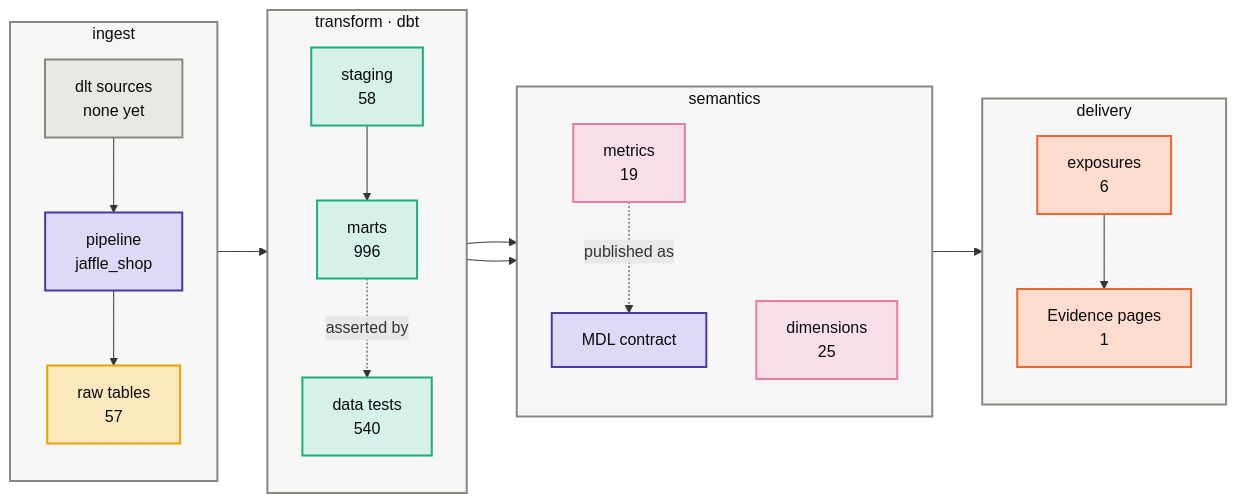
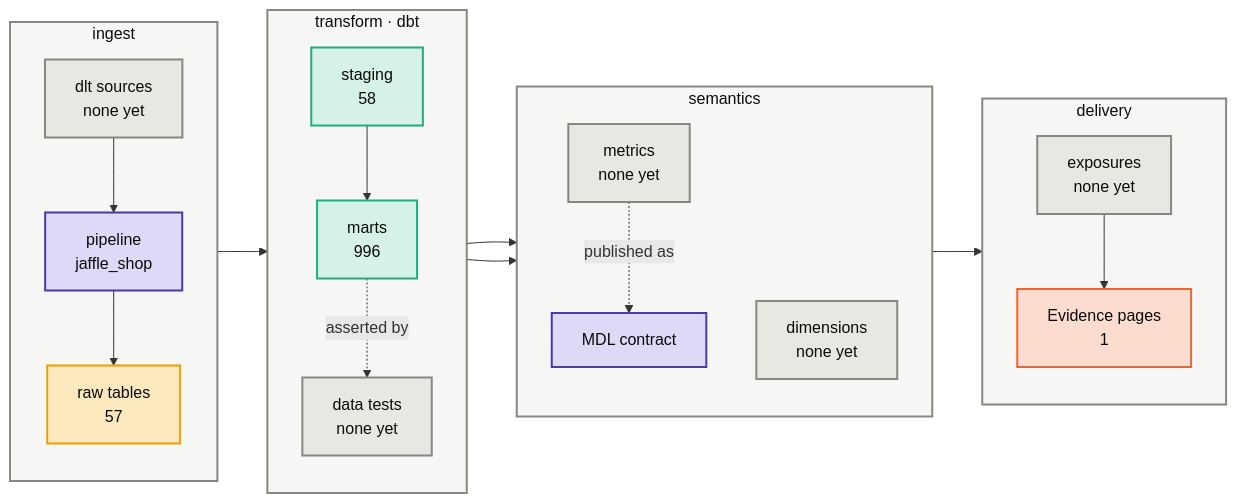
One commit to Atomz-org/data-platform changed the first of 3 diagrams in groups/jaffle/projects/jaffle-shop/kg/architecture.md. Above: the diagram before and after it, drawn with Mermaid. The commit also changed other lines of this file and 17 other files, not shown here.

First line of the commit message:
Rebuild the graphs and maps CI checks, for what this PR touches

````diff
--- a/groups/jaffle/projects/jaffle-shop/kg/architecture.md
+++ b/groups/jaffle/projects/jaffle-shop/kg/architecture.md
@@ -10,41 +10,41 @@
 ```mermaid
 flowchart LR
     subgraph LI["ingest"]
         direction TB
         I1["dlt sources<br/>none yet"]:::neutral
         I2["pipeline<br/>jaffle_shop"]:::platform
         I3["raw tables<br/>57"]:::raw
     end
     subgraph LT["transform · dbt"]
         direction TB
         T1["staging<br/>58"]:::model
         T2["marts<br/>996"]:::model
-        T3["data tests<br/>540"]:::model
+        T3["data tests<br/>none yet"]:::neutral
     end
     subgraph LS["semantics"]
         direction TB
-        S1["metrics<br/>19"]:::metric
-        S2["dimensions<br/>25"]:::metric
+        S1["metrics<br/>none yet"]:::neutral
+        S2["dimensions<br/>none yet"]:::neutral
         S3["MDL contract"]:::platform
     end
     subgraph LD["delivery"]
         direction TB
-        D1["exposures<br/>6"]:::exposure
+        D1["exposures<br/>none yet"]:::neutral
         D2["Evidence pages<br/>1"]:::exposure
     end
     I1 --> I2 --> I3 --> T1 --> T2
     T2 --> S1 --> D1 --> D2
     T2 --> S2
     S1 -.published as.-> S3
     T2 -.asserted by.-> T3
     classDef ingress fill:#cde2fb,stroke:#2a78d6,stroke-width:2px,color:#0b0b0b
     classDef platform fill:#ded9f7,stroke:#4a3aa7,stroke-width:2px,color:#0b0b0b
     classDef raw fill:#fbe8bd,stroke:#eda100,stroke-width:2px,color:#0b0b0b
     classDef model fill:#d6f2e6,stroke:#1baf7a,stroke-width:2px,color:#0b0b0b
     classDef metric fill:#fadfe8,stroke:#e87ba4,stroke-width:2px,color:#0b0b0b
     classDef exposure fill:#fbdccf,stroke:#eb6834,stroke-width:2px,color:#0b0b0b
     classDef neutral fill:#e8e7e2,stroke:#898781,stroke-width:2px,color:#0b0b0b
     classDef project fill:#e3eefc,stroke:#2a78d6,stroke-width:2px,color:#0b0b0b
     classDef lane fill:#f6f6f4,stroke:#898781,stroke-width:2px,color:#0b0b0b
     class LI,LT,LS,LD lane
 ```
````
